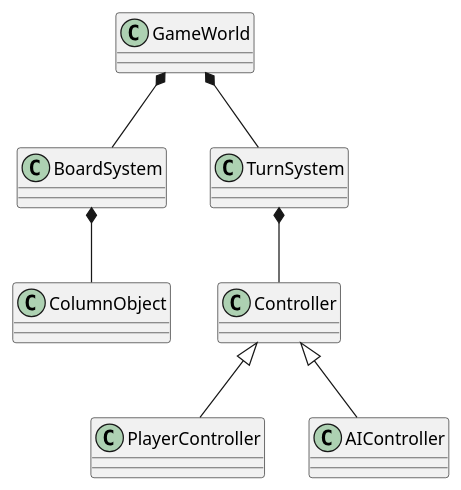
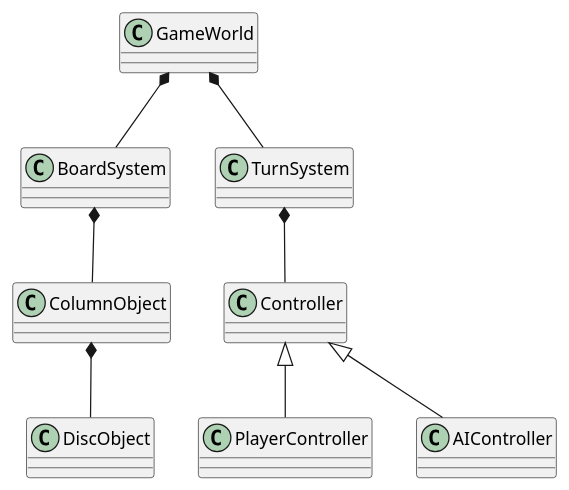
One commit to brunocoimbrar/ConnectFour changed the diagram in Docs/MainArchitecture.plantUML. Above: the diagram before and after it, drawn with PlantUML. The commit also changed 17 other files, not shown here.

```diff
--- a/Docs/MainArchitecture.plantUML
+++ b/Docs/MainArchitecture.plantUML
@@ -1,10 +1,11 @@
 @startuml
 
 GameWorld *-- BoardSystem
 GameWorld *-- TurnSystem
 BoardSystem *-- ColumnObject
+ColumnObject *-- DiscObject
 TurnSystem *-- Controller
 Controller <|-- PlayerController
 Controller <|-- AIController
 
 @enduml
```
